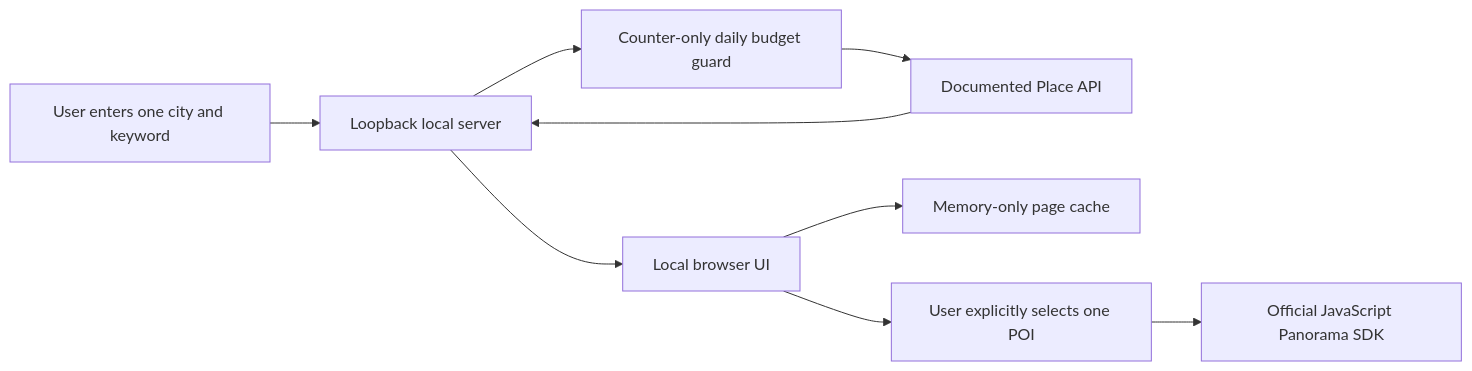
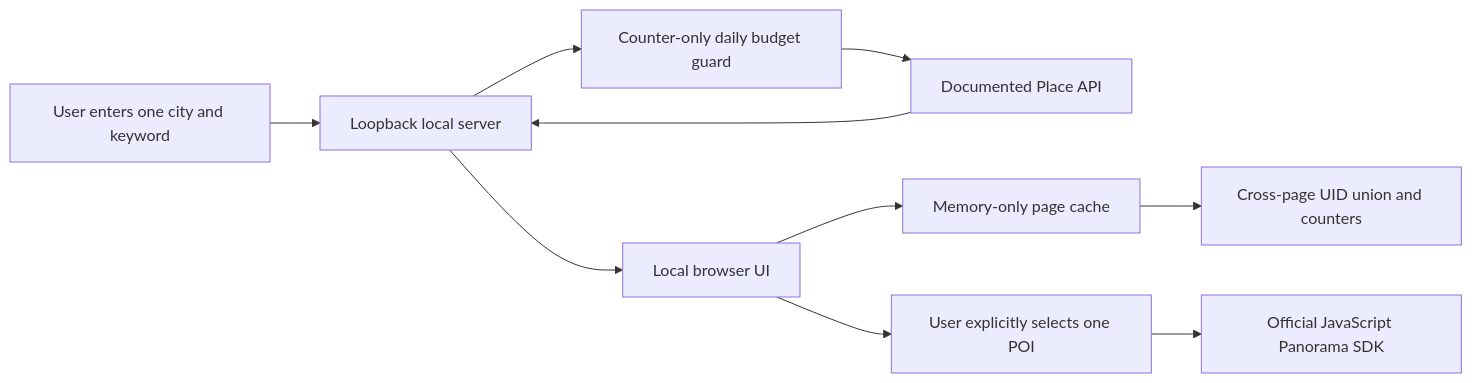
Before and after one commit to dingdingzyx/baidu-official-poi-panorama-viewer: the diagram in docs/architecture.md, drawn with Mermaid. The commit also changed other lines of this file and 16 other files, not shown here.

````diff
--- a/docs/architecture.md
+++ b/docs/architecture.md
@@ -3,11 +3,12 @@
 ```mermaid
 flowchart LR
   U[User enters one city and keyword] --> L[Loopback local server]
   L --> Q[Counter-only daily budget guard]
   Q --> P[Documented Place API]
   P --> L
   L --> B[Local browser UI]
   B --> C[Memory-only page cache]
+  C --> D[Cross-page UID union and counters]
   B --> S[User explicitly selects one POI]
   S --> J[Official JavaScript Panorama SDK]
 ```
````
